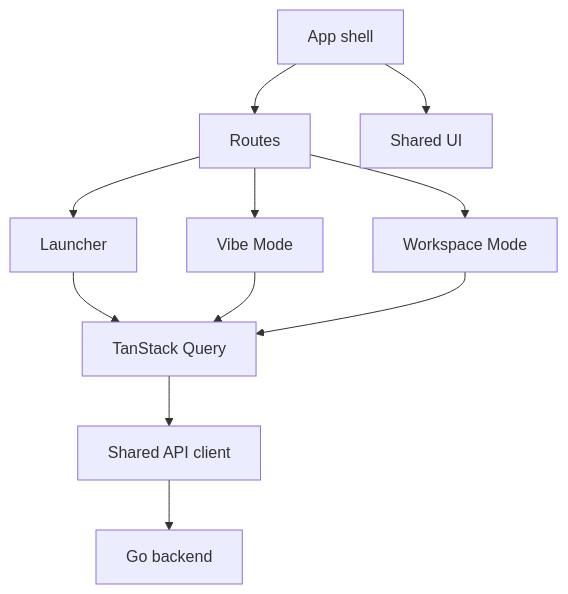
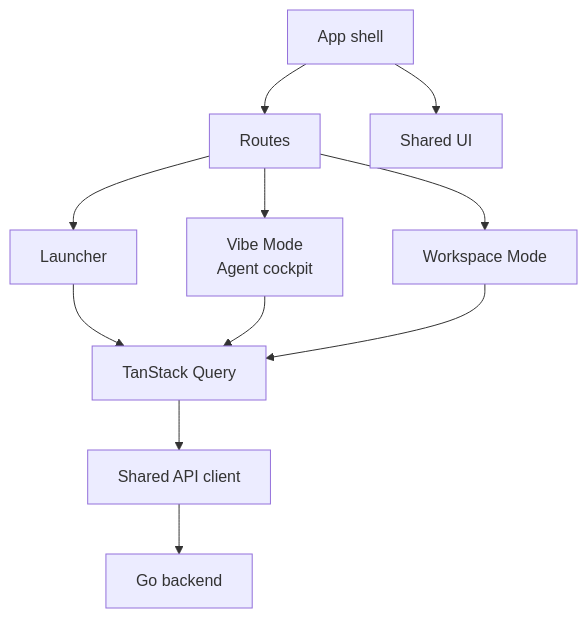
The third of 6 diagrams in docs/app-architecture.md (phamtanminhtien/patchpilot), drawn with Mermaid before and after one commit. The commit also changed other lines of this file and 5 other files, not shown here.

Commit message:
docs: update architecture and product spec to v0.3 to reflect new skills, MCP integration, and agent context flow

````diff
--- a/docs/app-architecture.md
+++ b/docs/app-architecture.md
@@ -91,23 +98,23 @@
 ```mermaid
 flowchart TB
   App["App shell"]
   Routes["Routes"]
   Query["TanStack Query"]
   API["Shared API client"]
   Launcher["Launcher"]
-  Vibe["Vibe Mode"]
+  Vibe["Vibe Mode<br/>Agent cockpit"]
   Workspace["Workspace Mode"]
   UI["Shared UI"]
   BE["Go backend"]
 
   App --> Routes
   App --> UI
   Routes --> Launcher
   Routes --> Vibe
   Routes --> Workspace
   Launcher --> Query
   Vibe --> Query
   Workspace --> Query
   Query --> API
   API --> BE
 ```
````
